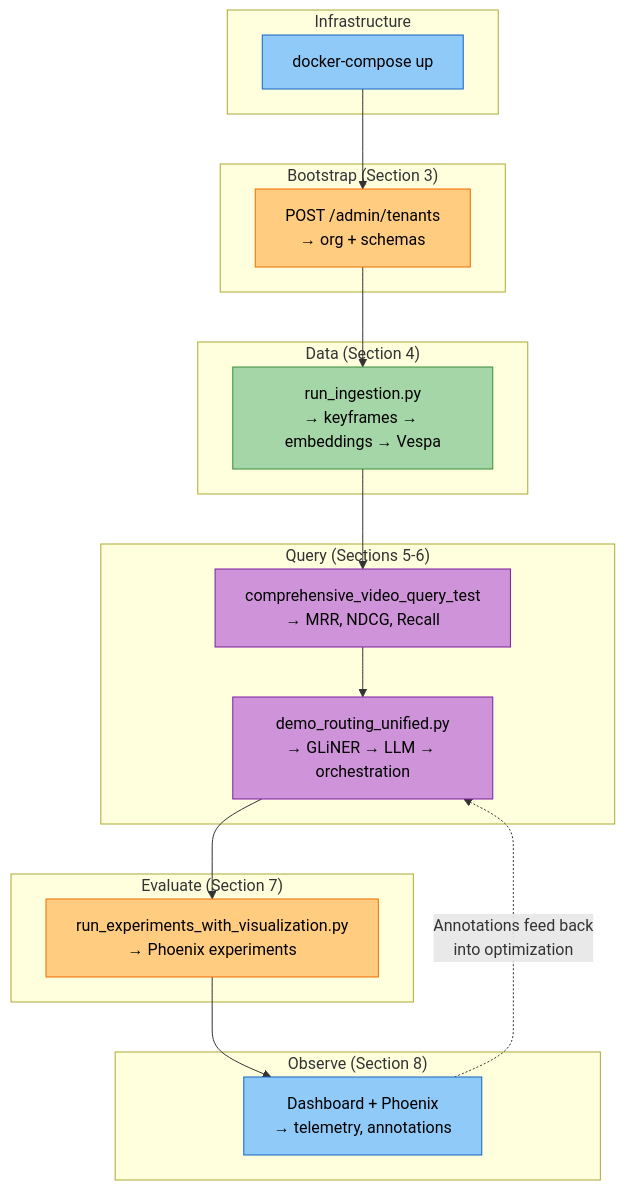
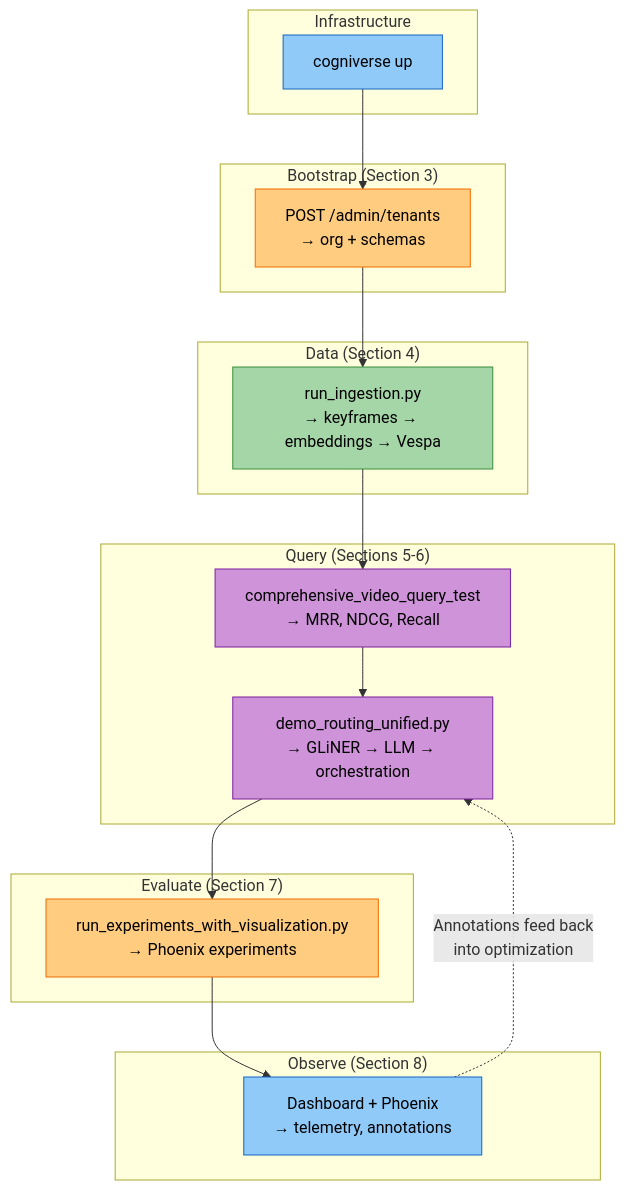
Before and after one commit to amit-jain/cogniverse: the fourth of 4 diagrams in docs/setup/live-demo-guide.md, drawn with Mermaid. The commit also changed other lines of this file and 70 other files, not shown here.

````diff
--- a/docs/setup/live-demo-guide.md
+++ b/docs/setup/live-demo-guide.md
@@ -535,40 +529,40 @@
 ```mermaid
 flowchart TD
     subgraph "Infrastructure"
-        DC["<span style='color:#000'>docker-compose up</span>"]
+        DC["<span style='color:#000'>cogniverse up</span>"]
     end
 
     subgraph "Bootstrap (Section 3)"
         TENANT["<span style='color:#000'>POST /admin/tenants<br/>→ org + schemas</span>"]
     end
 
     subgraph "Data (Section 4)"
         INGEST["<span style='color:#000'>run_ingestion.py<br/>→ keyframes → embeddings → Vespa</span>"]
     end
 
     subgraph "Query (Sections 5-6)"
         SEARCH["<span style='color:#000'>comprehensive_video_query_test<br/>→ MRR, NDCG, Recall</span>"]
         ROUTE["<span style='color:#000'>demo_routing_unified.py<br/>→ GLiNER → LLM → orchestration</span>"]
     end
 
     subgraph "Evaluate (Section 7)"
         EXP["<span style='color:#000'>run_experiments_with_visualization.py<br/>→ Phoenix experiments</span>"]
     end
 
     subgraph "Observe (Section 8)"
         DASH["<span style='color:#000'>Dashboard + Phoenix<br/>→ telemetry, annotations</span>"]
     end
 
     DC --> TENANT --> INGEST
     INGEST --> SEARCH --> ROUTE
     ROUTE --> EXP --> DASH
     DASH -.->|"Annotations feed back<br/>into optimization"| ROUTE
 
     style DC fill:#90caf9,stroke:#1565c0,color:#000
     style TENANT fill:#ffcc80,stroke:#ef6c00,color:#000
     style INGEST fill:#a5d6a7,stroke:#388e3c,color:#000
     style SEARCH fill:#ce93d8,stroke:#7b1fa2,color:#000
     style ROUTE fill:#ce93d8,stroke:#7b1fa2,color:#000
     style EXP fill:#ffcc80,stroke:#ef6c00,color:#000
     style DASH fill:#90caf9,stroke:#1565c0,color:#000
 ```
````
